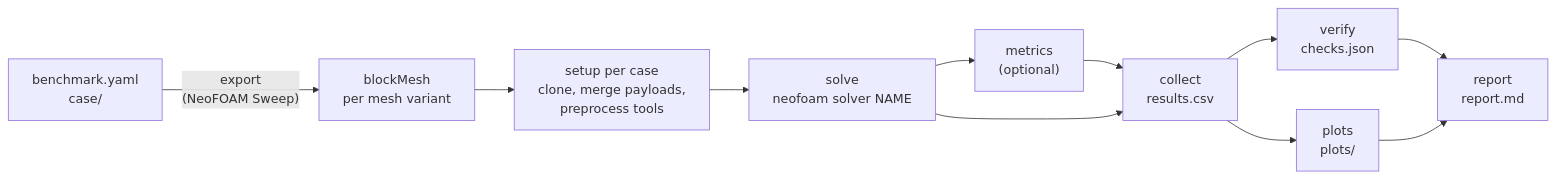
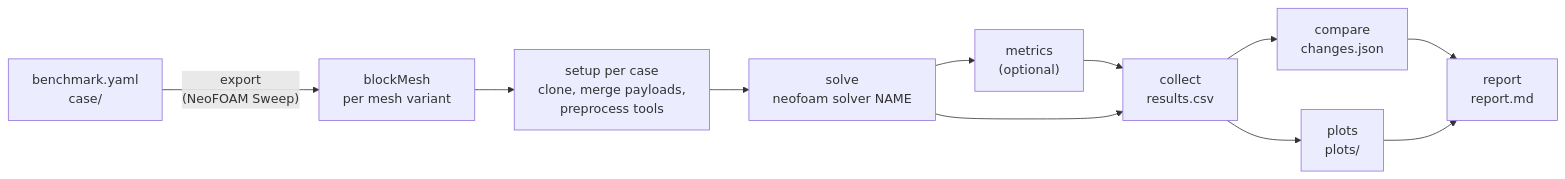
The diagram in doc/getting_started.rst (exasim-project/neofoam_tutorials), drawn with Mermaid before and after one commit. The commit also changed other lines of this file and 79 other files, not shown here.

```diff
--- a/doc/getting_started.rst
+++ b/doc/getting_started.rst
@@ -123,13 +124,13 @@
 .. mermaid::
 
    flowchart LR
      Y["benchmark.yaml<br/>case/"] -->|"export<br/>(NeoFOAM Sweep)"| MESH
      MESH["blockMesh<br/>per mesh variant"] --> SETUP["setup per case<br/>clone, merge payloads,<br/>preprocess tools"]
      SETUP --> SOLVE["solve<br/>neofoam solver NAME"]
      SOLVE --> METRICS["metrics<br/>(optional)"]
      METRICS --> COLLECT["collect<br/>results.csv"]
      SOLVE --> COLLECT
-     COLLECT --> VERIFY["verify<br/>checks.json"]
+     COLLECT --> COMPARE["compare<br/>changes.json"]
      COLLECT --> PLOTS["plots<br/>plots/"]
-     VERIFY --> REPORT["report<br/>report.md"]
+     COMPARE --> REPORT["report<br/>report.md"]
      PLOTS --> REPORT
```
